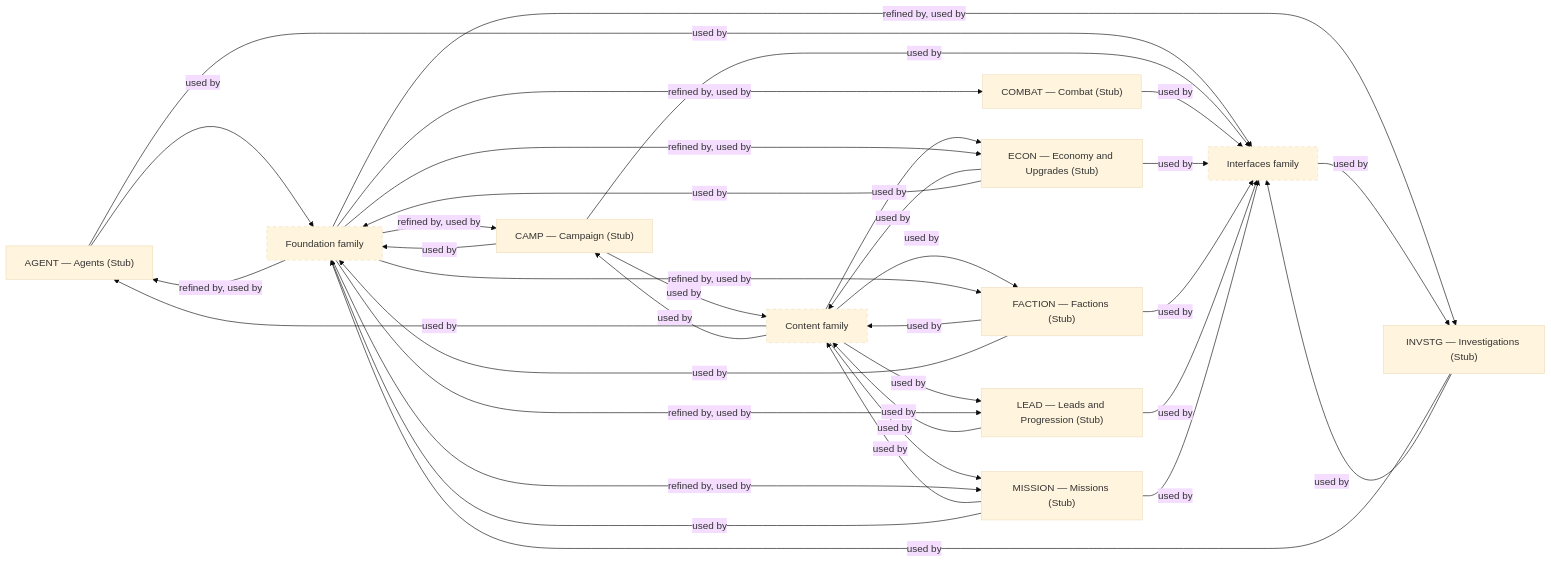
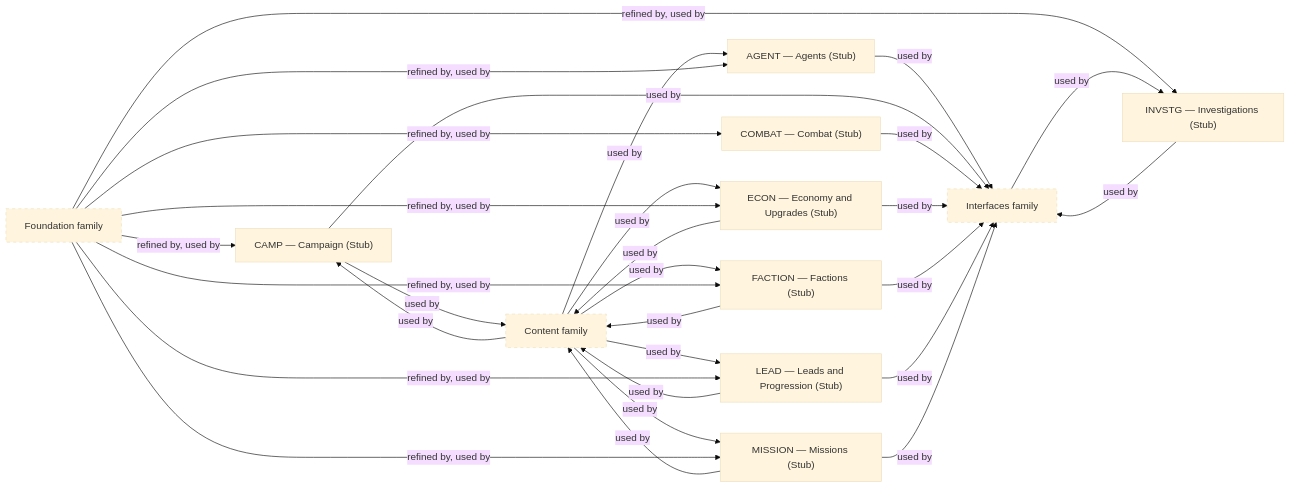
Before and after one commit to konrad-jamrozik/game-v5: the second of 2 diagrams in docs/specs/mechanics/about-mechanics.md, drawn with Mermaid (base theme). The commit also changed other lines of this file and 21 other files, not shown here.

````diff
--- a/docs/specs/mechanics/about-mechanics.md
+++ b/docs/specs/mechanics/about-mechanics.md
@@ -96,49 +96,43 @@
 ```mermaid
 flowchart LR
   AGENT["AGENT — Agents (Stub)"]
   CAMP["CAMP — Campaign (Stub)"]
   COMBAT["COMBAT — Combat (Stub)"]
   ECON["ECON — Economy and Upgrades (Stub)"]
   FACTION["FACTION — Factions (Stub)"]
   INVSTG["INVSTG — Investigations (Stub)"]
   LEAD["LEAD — Leads and Progression (Stub)"]
   MISSION["MISSION — Missions (Stub)"]
   family_foundation["Foundation family"]:::external
   family_content["Content family"]:::external
   family_interfaces["Interfaces family"]:::external
-  AGENT -->|used by| family_foundation
   AGENT -->|used by| family_interfaces
   CAMP -->|used by| family_content
-  CAMP -->|used by| family_foundation
   CAMP -->|used by| family_interfaces
   COMBAT -->|used by| family_interfaces
   ECON -->|used by| family_content
-  ECON -->|used by| family_foundation
   ECON -->|used by| family_interfaces
   FACTION -->|used by| family_content
-  FACTION -->|used by| family_foundation
   FACTION -->|used by| family_interfaces
-  INVSTG -->|used by| family_foundation
   INVSTG -->|used by| family_interfaces
   LEAD -->|used by| family_content
   LEAD -->|used by| family_interfaces
   MISSION -->|used by| family_content
-  MISSION -->|used by| family_foundation
   MISSION -->|used by| family_interfaces
   family_content -->|used by| AGENT
   family_content -->|used by| CAMP
   family_content -->|used by| ECON
   family_content -->|used by| FACTION
   family_content -->|used by| LEAD
   family_content -->|used by| MISSION
   family_foundation -->|refined by, used by| AGENT
   family_foundation -->|refined by, used by| CAMP
   family_foundation -->|refined by, used by| COMBAT
   family_foundation -->|refined by, used by| ECON
   family_foundation -->|refined by, used by| FACTION
   family_foundation -->|refined by, used by| INVSTG
   family_foundation -->|refined by, used by| LEAD
   family_foundation -->|refined by, used by| MISSION
   family_interfaces -->|used by| INVSTG
   classDef external stroke-dasharray: 5 5
 ```
````
